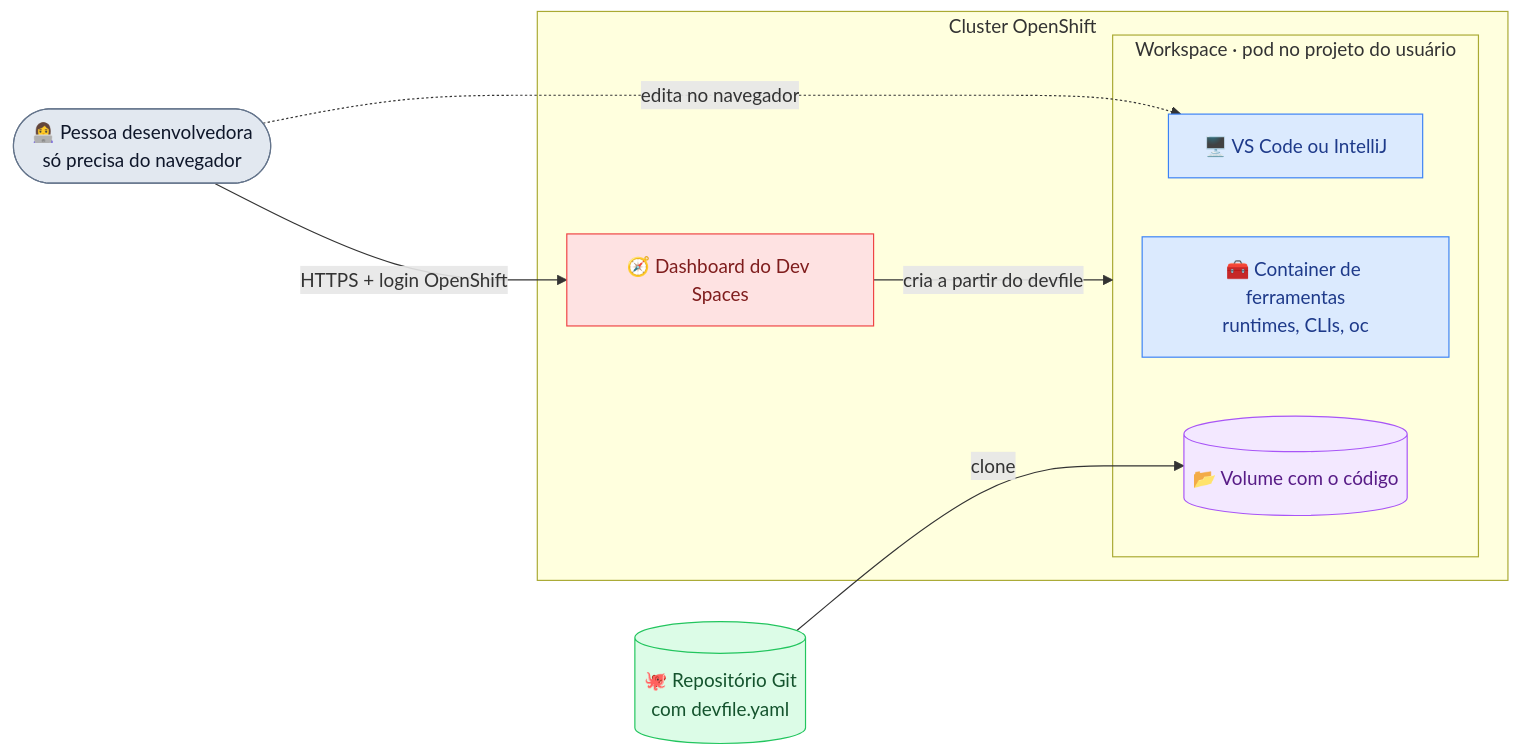
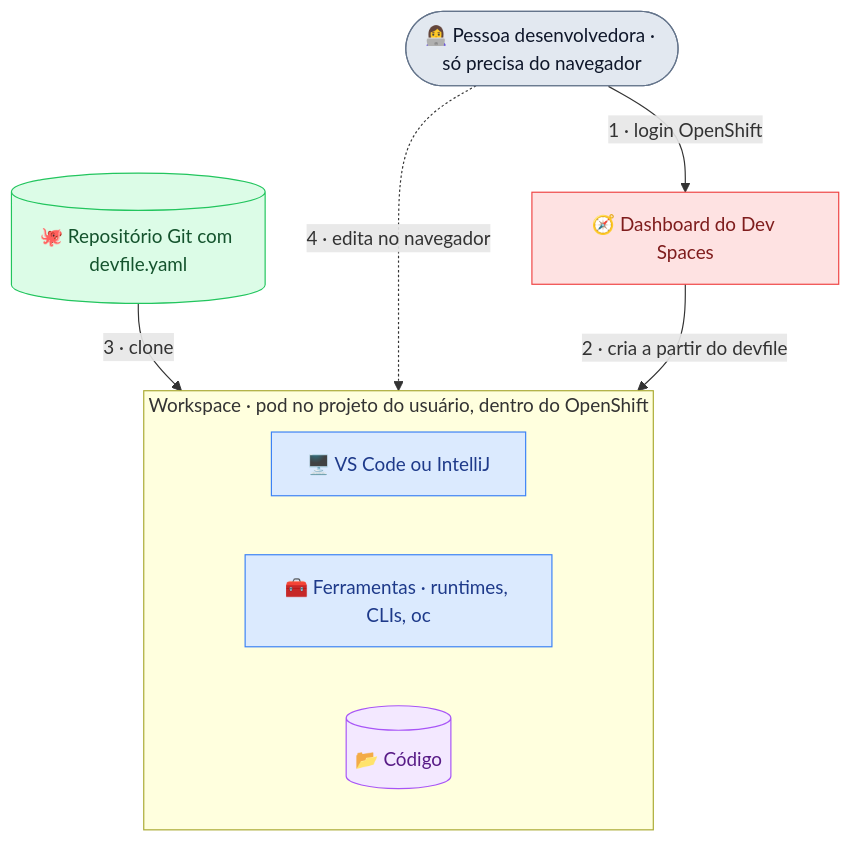
Before and after one commit to edtroleis/techdocs-manuais: the diagram in dev-spaces/docs/index.md, drawn with Mermaid. The commit also changed 1 other file, not shown here.

Commit message:
docs(dev-spaces): top-to-bottom diagrams for readability

````diff
--- a/dev-spaces/docs/index.md
+++ b/dev-spaces/docs/index.md
@@ -10,24 +10,23 @@
 ```mermaid
-flowchart LR
-    dev([👩‍💻 Pessoa desenvolvedora<br/>só precisa do navegador]):::pessoa
-    subgraph ocp [Cluster OpenShift]
-        dash[🧭 Dashboard do Dev Spaces]:::devspaces
-        subgraph ws [Workspace · pod no projeto do usuário]
-            ide[🖥️ VS Code ou IntelliJ]:::editor
-            tools[🧰 Container de ferramentas<br/>runtimes, CLIs, oc]:::editor
-            code[(📂 Volume com o código)]:::dados
-        end
+flowchart TB
+    dev([👩‍💻 Pessoa desenvolvedora · só precisa do navegador]):::pessoa
+    dash[🧭 Dashboard do Dev Spaces]:::devspaces
+    git[(🐙 Repositório Git com devfile.yaml)]:::git
+    subgraph ws [Workspace · pod no projeto do usuário, dentro do OpenShift]
+        direction LR
+        ide[🖥️ VS Code ou IntelliJ]:::editor
+        tools[🧰 Ferramentas · runtimes, CLIs, oc]:::editor
+        code[(📂 Código)]:::dados
     end
-    git[(🐙 Repositório Git<br/>com devfile.yaml)]:::git
 
-    dev -- HTTPS + login OpenShift --> dash
-    dash -- cria a partir do devfile --> ws
-    git -- clone --> code
-    dev -. edita no navegador .-> ide
+    dev -- 1 · login OpenShift --> dash
+    dash -- 2 · cria a partir do devfile --> ws
+    git -- 3 · clone --> code
+    dev -. 4 · edita no navegador .-> ide
 
     classDef pessoa fill:#e2e8f0,stroke:#64748b,color:#0f172a
     classDef devspaces fill:#fee2e2,stroke:#ef4444,color:#7f1d1d
     classDef editor fill:#dbeafe,stroke:#3b82f6,color:#1e3a8a
     classDef dados fill:#f3e8ff,stroke:#a855f7,color:#581c87
     classDef git fill:#dcfce7,stroke:#22c55e,color:#14532d
 ```
````
